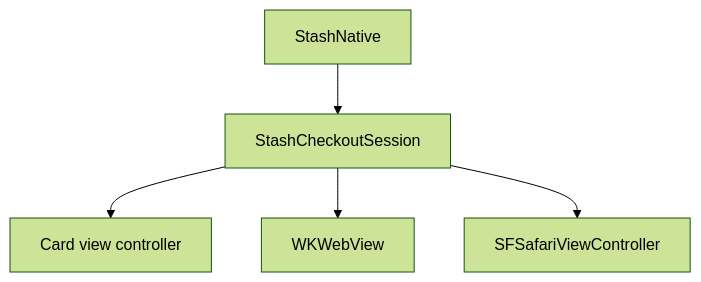
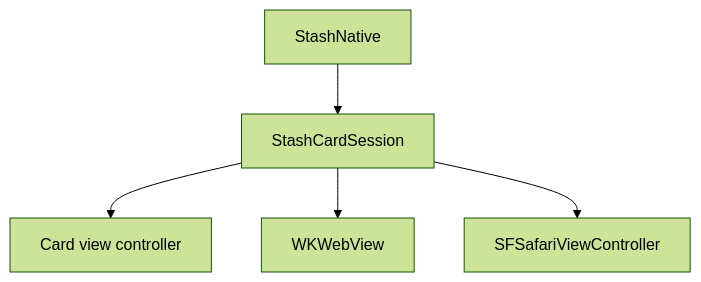
One commit to stashgg/stash-native changed the diagram in docs/architecture/ios.md. Above: the diagram before and after it, drawn with Mermaid (forest theme). The commit also changed other lines of this file and 110 other files, not shown here.

First line of the commit message:
[sdk] Move the QR scanner into optional StashNativeCodeLink modules

````diff
--- a/docs/architecture/ios.md
+++ b/docs/architecture/ios.md
@@ -14,7 +14,7 @@
 ```mermaid
 flowchart TB
-    Facade[StashNative] --> Session[StashCheckoutSession]
+    Facade[StashNative] --> Session[StashCardSession]
     Session --> Card[Card view controller]
     Session --> Web[WKWebView]
     Session --> Safari[SFSafariViewController]
 ```
````
